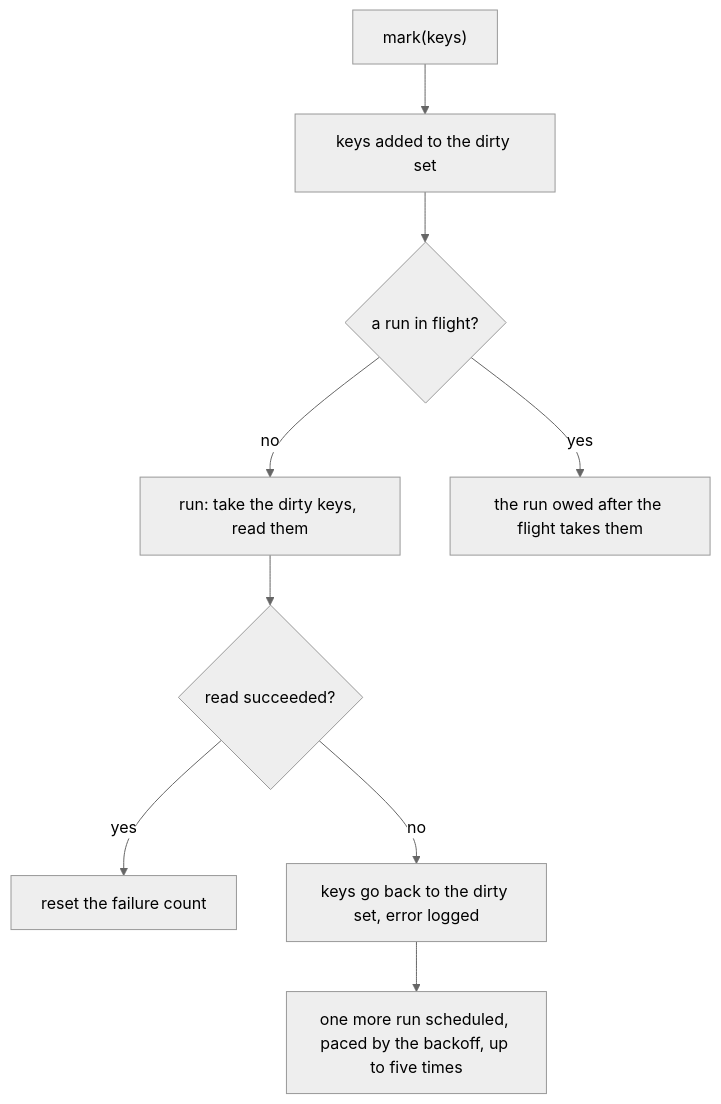
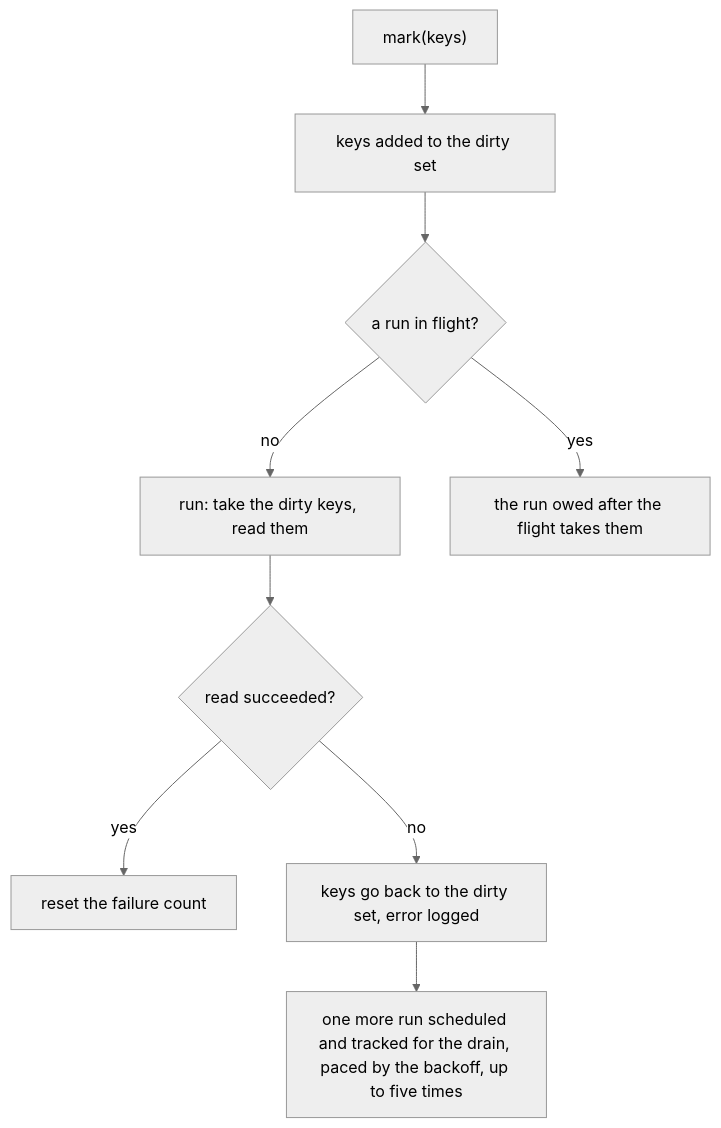
The diagram in openspec/specs/architecture/batched-refresh/design.md (Esposter/Esposter), drawn with Mermaid (neutral theme) before and after one commit. The commit also changed other lines of this file and 2 other files, not shown here.

Commit message:
fix(web): a drain waits for the retry a failed batched refresh scheduled
The retry joined the tracked set only when its timer fired, so
waitForSynchronizedFunctions ended in the gap before it unless other work
happened to span the timer. It is now tracked from the moment it is
scheduled and still starts a timer boundary later, so the failed call
settles without it. Regression test proven failing with the fix reverted.

````diff
--- a/openspec/specs/architecture/batched-refresh/design.md
+++ b/openspec/specs/architecture/batched-refresh/design.md
@@ -7,11 +7,11 @@
 ```mermaid
 flowchart TD
   Mark["mark(keys)"] --> Dirty["keys added to the dirty set"]
   Dirty --> InFlight{"a run in flight?"}
   InFlight -- "no" --> Run["run: take the dirty keys, read them"]
   InFlight -- "yes" --> Owed["the run owed after the flight takes them"]
   Run --> Result{"read succeeded?"}
   Result -- "yes" --> Done["reset the failure count"]
   Result -- "no" --> Back["keys go back to the dirty set, error logged"]
-  Back --> Retry["one more run scheduled, paced by the backoff, up to five times"]
+  Back --> Retry["one more run scheduled and tracked for the drain, paced by the backoff, up to five times"]
 ```
````
